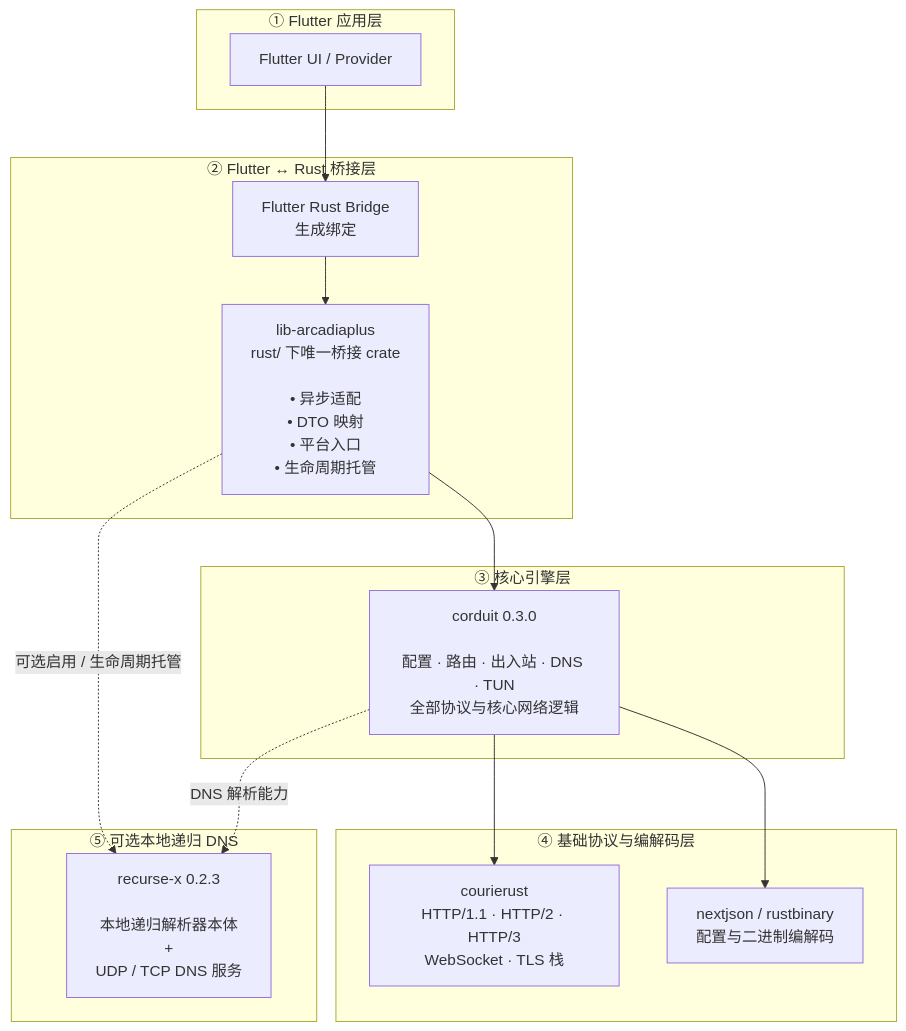
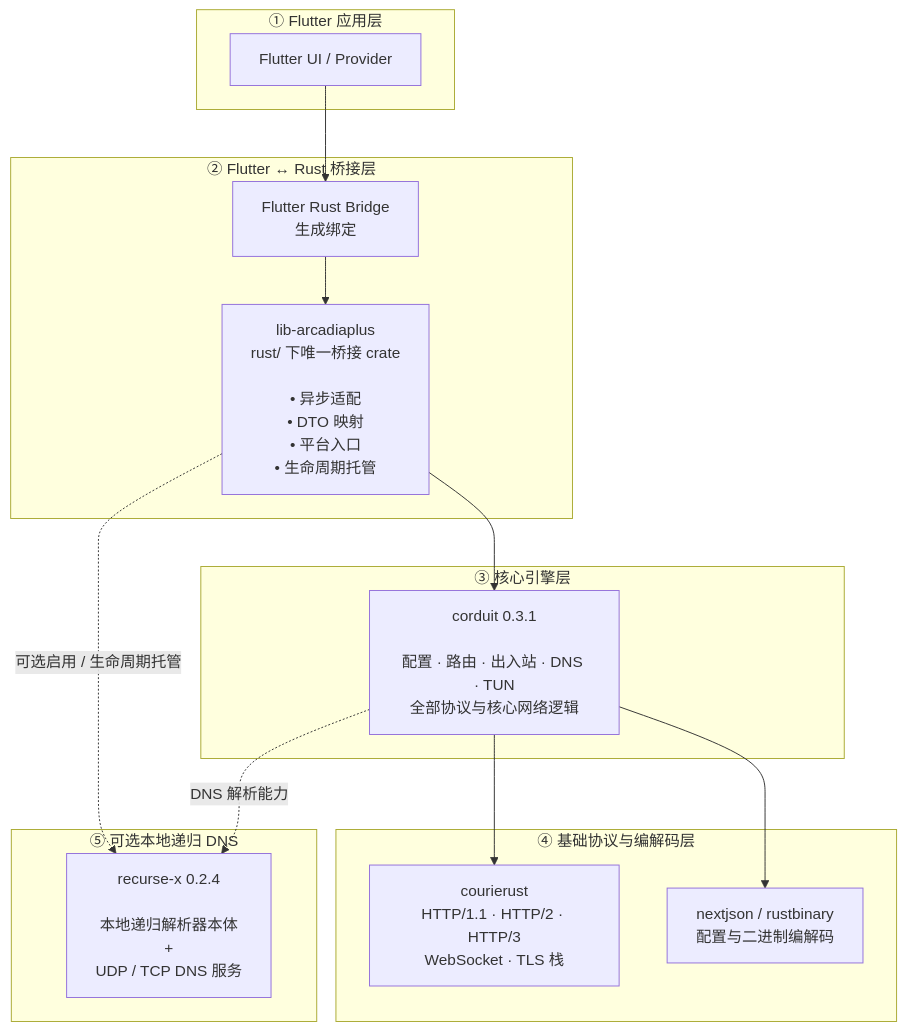
The diagram in README.md (blueokanna/ArcadiaPlus), drawn with Mermaid before and after one commit. The commit also changed other lines of this file and 66 other files, not shown here.

````diff
--- a/README.md
+++ b/README.md
@@ -158,53 +162,53 @@
 ```mermaid
 flowchart TB
     %% =========================
     %% UI Layer
     %% =========================
     subgraph UI["① Flutter 应用层"]
         FLUTTER["Flutter UI / Provider"]
     end
 
     %% =========================
     %% Bridge Layer
     %% =========================
     subgraph BRIDGE["② Flutter ↔ Rust 桥接层"]
         FRB["Flutter Rust Bridge<br/>生成绑定"]
         ARC["lib-arcadiaplus<br/>rust/ 下唯一桥接 crate<br/><br/>• 异步适配<br/>• DTO 映射<br/>• 平台入口<br/>• 生命周期托管"]
     end
 
     %% =========================
     %% Engine Layer
     %% =========================
     subgraph ENGINE["③ 核心引擎层"]
-        CORDUIT["corduit 0.3.0<br/><br/>配置 · 路由 · 出入站 · DNS · TUN<br/>全部协议与核心网络逻辑"]
+        CORDUIT["corduit 0.3.1<br/><br/>配置 · 路由 · 出入站 · DNS · TUN<br/>全部协议与核心网络逻辑"]
     end
 
     %% =========================
     %% Foundation Layer
     %% =========================
     subgraph FOUNDATION["④ 基础协议与编解码层"]
         COURIER["courierust<br/>HTTP/1.1 · HTTP/2 · HTTP/3<br/>WebSocket · TLS 栈"]
 
         CODEC["nextjson / rustbinary<br/>配置与二进制编解码"]
     end
 
     %% =========================
     %% Optional DNS Resolver
     %% =========================
     subgraph OPTIONAL["⑤ 可选本地递归 DNS"]
-        RECURSE["recurse-x 0.2.3<br/><br/>本地递归解析器本体<br/>+<br/>UDP / TCP DNS 服务"]
+        RECURSE["recurse-x 0.2.4<br/><br/>本地递归解析器本体<br/>+<br/>UDP / TCP DNS 服务"]
     end
 
     %% Main call path
     FLUTTER --> FRB
     FRB --> ARC
     ARC --> CORDUIT
 
     %% Engine dependencies
     CORDUIT --> COURIER
     CORDUIT --> CODEC
 
     %% Optional resolver lifecycle / integration
     ARC -. "可选启用 / 生命周期托管" .-> RECURSE
     CORDUIT -. "DNS 解析能力" .-> RECURSE
 ```
````
